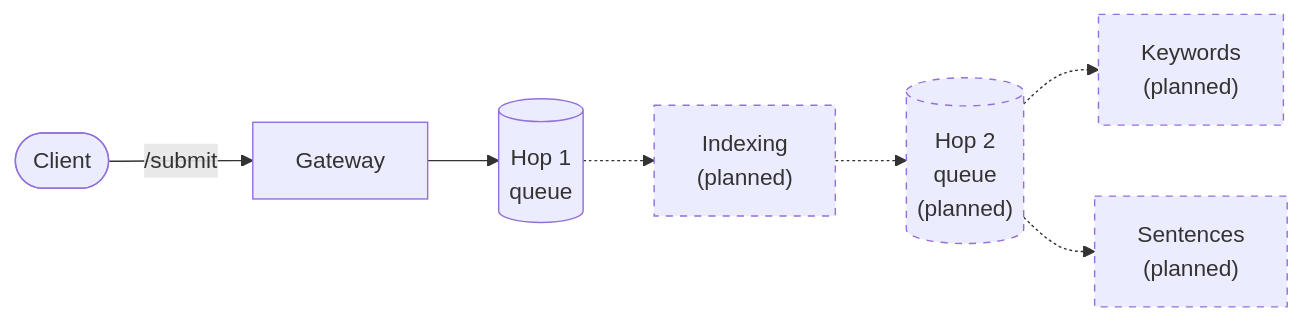
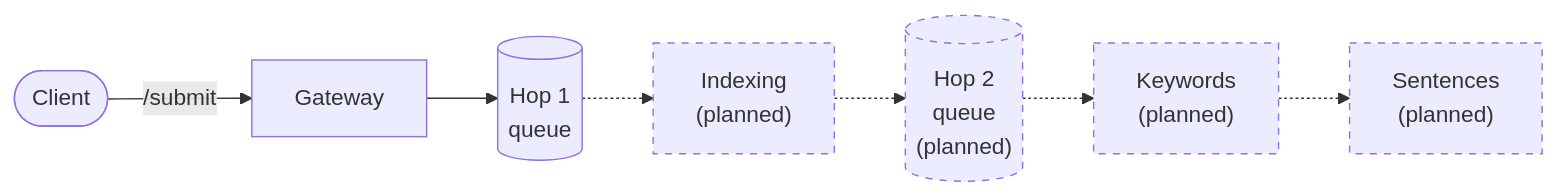
One commit to MRISS-Projects/dsh changed the diagram in docs/wiki/Home.md. Above: the diagram before and after it, drawn with Mermaid. The commit also changed 1 other file, not shown here.

Commit message:
docs(#44): run sentences after keywords in the pipeline diagram
Copilot's review of #189: Home drew sentences from hop 2, in parallel
with keywords. ADR-003 section 1 starts the sentences stage from
KEYWORDS_PROCESSED_SUCCESS, with no hop between the two, so the edge
runs from keywords. The spec's copies of the diagram follow, and its
section 8 records the round.

Claude-Session: https://claude.ai/code/session_019Hub6ZeYejdXHD76ZmbBgu

````diff
--- a/docs/wiki/Home.md
+++ b/docs/wiki/Home.md
@@ -17,11 +17,11 @@
 ```mermaid
 flowchart LR
     client([Client]) -->|/submit| gateway[Gateway]
     gateway --> hop1[(Hop 1<br/>queue)]
     hop1 -.-> indexing["Indexing<br/>(planned)"]
     indexing -.-> hop2[("Hop 2<br/>queue<br/>(planned)")]
     hop2 -.-> keywords["Keywords<br/>(planned)"]
-    hop2 -.-> sentences["Sentences<br/>(planned)"]
+    keywords -.-> sentences["Sentences<br/>(planned)"]
     classDef planned stroke-dasharray: 5 5
     class indexing,hop2,keywords,sentences planned
 ```
````
